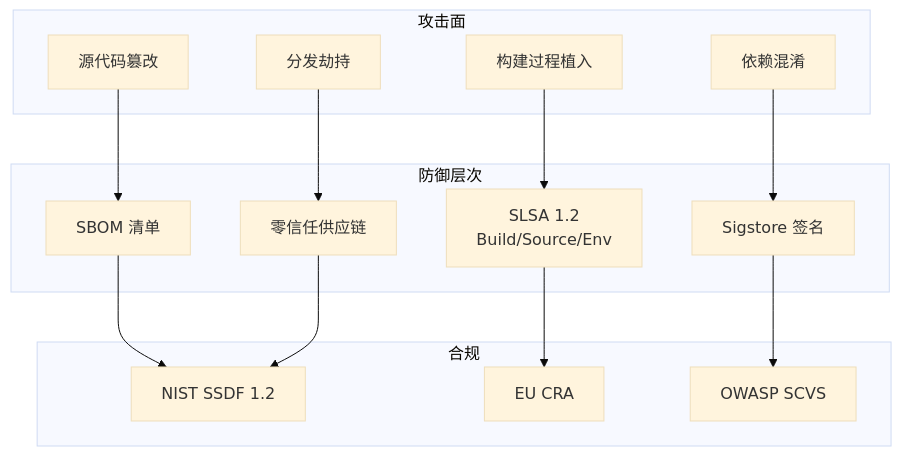
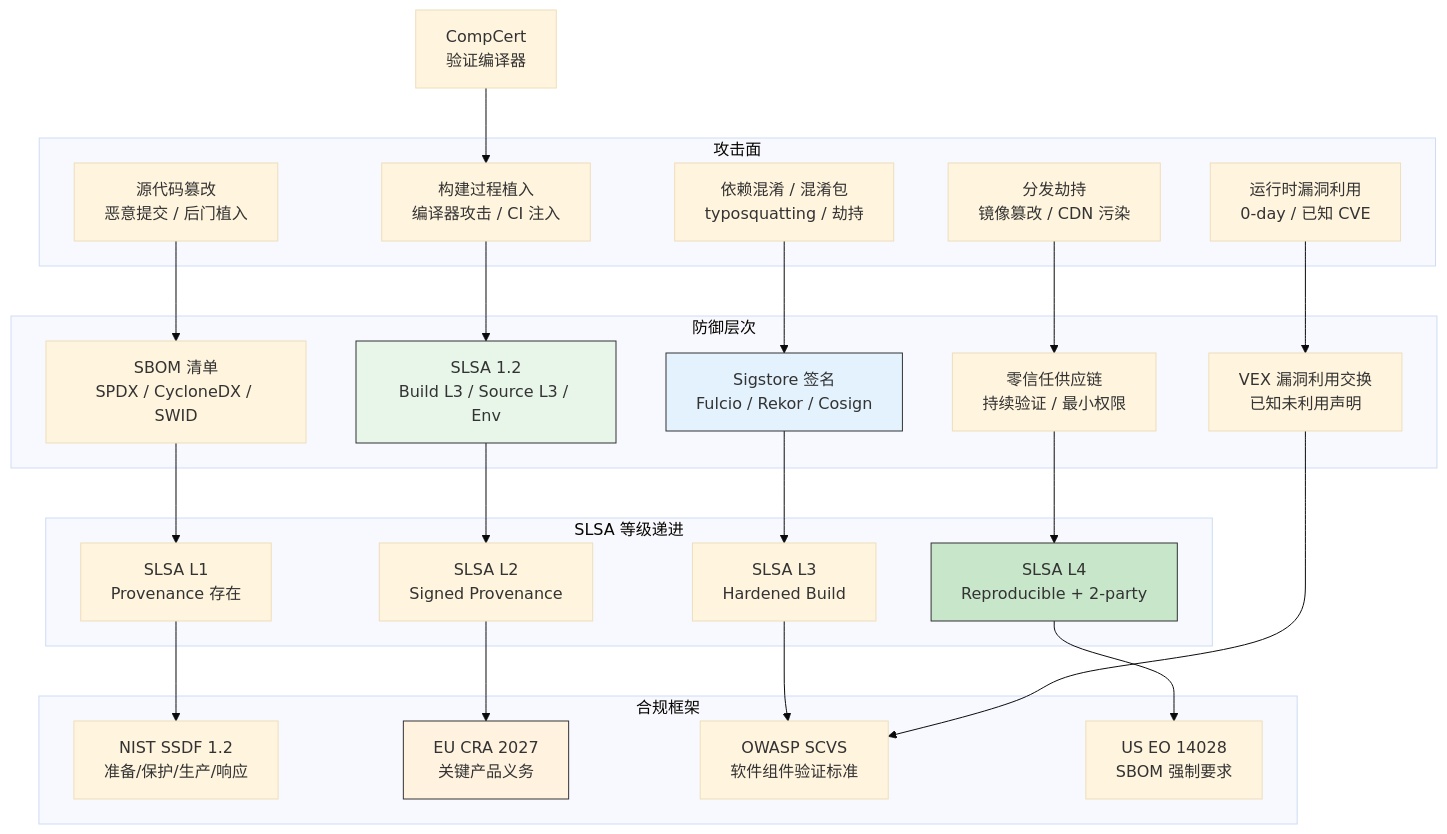
The diagram in struct/99-reference/visualizations/10-supply-chain-security.mmd (AdaMartin18010/Architecture), drawn with Mermaid (base theme) before and after one commit. The commit also changed 45 other files, not shown here.

```diff
--- a/struct/99-reference/visualizations/10-supply-chain-security.mmd
+++ b/struct/99-reference/visualizations/10-supply-chain-security.mmd
@@ -1,29 +1,52 @@
+%% 版本: 2026-06-10 | 状态: B3 完成 | 主题: 10 供应链安全工程
 flowchart TB
-    subgraph 攻击面
-        SRC["源代码篡改"]
-        BUILD["构建过程植入"]
-        DEP["依赖混淆"]
-        DIST["分发劫持"]
+    subgraph "攻击面"
+        SRC["源代码篡改<br/>恶意提交 / 后门植入"]
+        BUILD["构建过程植入<br/>编译器攻击 / CI 注入"]
+        DEP["依赖混淆 / 混淆包<br/>typosquatting / 劫持"]
+        DIST["分发劫持<br/>镜像篡改 / CDN 污染"]
+        RUN["运行时漏洞利用<br/>0-day / 已知 CVE"]
     end
 
-    subgraph 防御层次
-        SBOM["SBOM 清单"]
-        SLSA["SLSA 1.2<br/>Build/Source/Env"]
-        SIG["Sigstore 签名"]
-        ZT["零信任供应链"]
+    subgraph "防御层次"
+        SBOM["SBOM 清单<br/>SPDX / CycloneDX / SWID"]
+        SLSA["SLSA 1.2<br/>Build L3 / Source L3 / Env"]
+        SIG["Sigstore 签名<br/>Fulcio / Rekor / Cosign"]
+        ZT["零信任供应链<br/>持续验证 / 最小权限"]
+        VEX["VEX 漏洞利用交换<br/>已知未利用声明"]
     end
 
-    subgraph 合规
-        SSDF["NIST SSDF 1.2"]
-        EU_CRA["EU CRA"]
-        OWASP["OWASP SCVS"]
+    subgraph "SLSA 等级递进"
+        L1["SLSA L1<br/>Provenance 存在"]
+        L2["SLSA L2<br/>Signed Provenance"]
+        L3["SLSA L3<br/>Hardened Build"]
+        L4["SLSA L4<br/>Reproducible + 2-party"]
+    end
+
+    subgraph "合规框架"
+        SSDF["NIST SSDF 1.2<br/>准备/保护/生产/响应"]
+        EU_CRA["EU CRA 2027<br/>关键产品义务"]
+        OWASP["OWASP SCVS<br/>软件组件验证标准"]
+        EO14028["US EO 14028<br/>SBOM 强制要求"]
     end
 
     SRC --> SBOM
     BUILD --> SLSA
     DEP --> SIG
     DIST --> ZT
-    SBOM --> SSDF
-    SLSA --> EU_CRA
-    SIG --> OWASP
-    ZT --> SSDF
+    RUN --> VEX
+    SBOM --> L1
+    SLSA --> L2
+    SIG --> L3
+    ZT --> L4
+    L1 --> SSDF
+    L2 --> EU_CRA
+    L3 --> OWASP
+    L4 --> EO14028
+    VEX --> OWASP
+    COMP["CompCert<br/>验证编译器"] --> BUILD
+
+    style SLSA fill:#e8f5e9,stroke:#333
+    style L4 fill:#c8e6c9,stroke:#333
+    style EU_CRA fill:#fff3e0,stroke:#333
+    style SIG fill:#e3f2fd,stroke:#333
```
